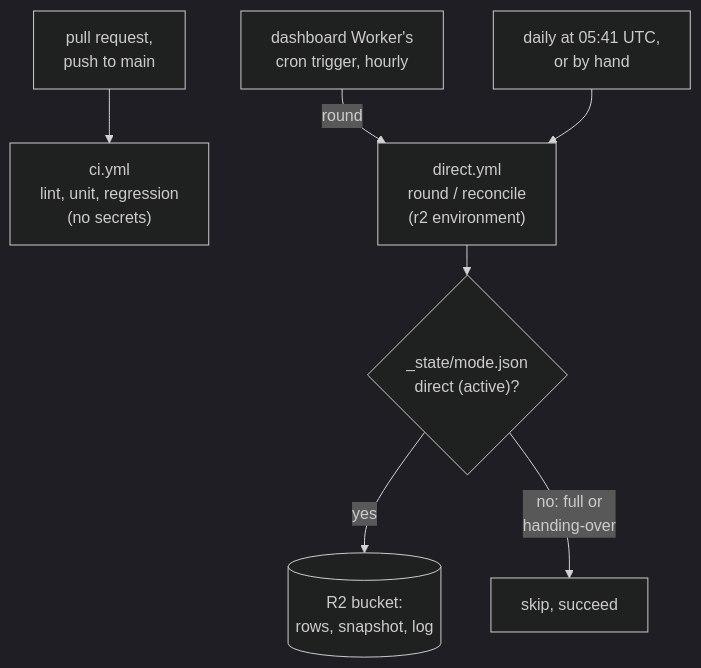
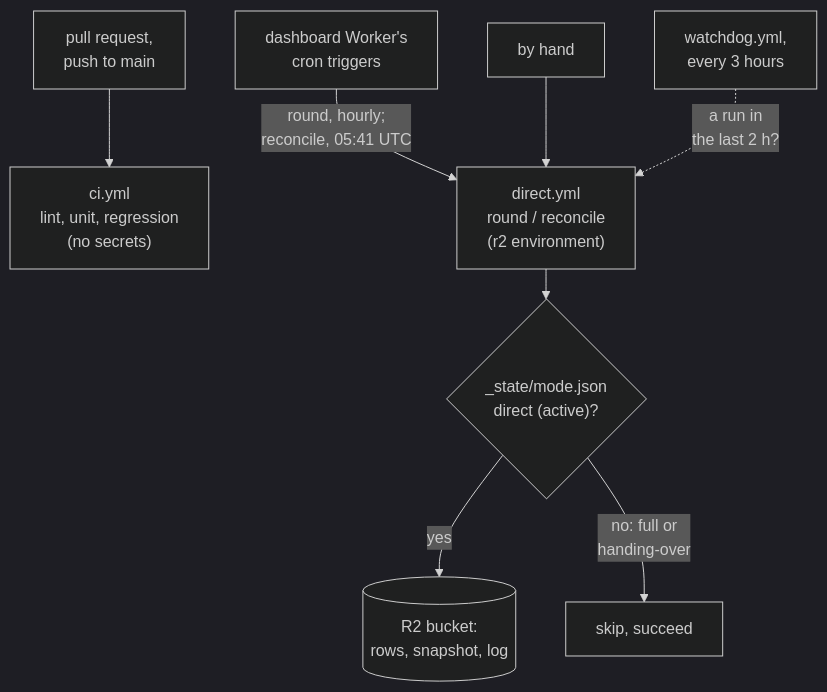
The diagram in docs/technical/ci.md (dienarvaez1/earth-hub), drawn with Mermaid (dark theme) before and after one commit. The commit also changed other lines of this file and 17 other files, not shown here.

First line of the commit message:
fix: no schedule in direct.yml, so GitHub's inactivity rule cannot stop the rounds (DEF-056) (#52)

````diff
--- a/docs/technical/ci.md
+++ b/docs/technical/ci.md
@@ -7,10 +7,11 @@
 ```mermaid
 %%{init: {"flowchart": {"rankSpacing": 30, "nodeSpacing": 50}}}%%
 flowchart TB
     pr["pull request,<br/>push to main"] --> ci["ci.yml<br/>lint, unit, regression<br/>(no secrets)"]
-    trigger["dashboard Worker's<br/>cron trigger, hourly"] -- round --> direct["direct.yml<br/>round / reconcile<br/>(r2 environment)"]
-    cron["daily at 05:41 UTC,<br/>or by hand"] --> direct
+    trigger["dashboard Worker's<br/>cron triggers"] -- "round, hourly;<br/>reconcile, 05:41 UTC" --> direct["direct.yml<br/>round / reconcile<br/>(r2 environment)"]
+    hand["by hand"] --> direct
+    watchdog["watchdog.yml,<br/>every 3 hours"] -. "a run in<br/>the last 2 h?" .-> direct
     direct --> check{"_state/mode.json<br/>direct (active)?"}
     check -- yes --> r2[("R2 bucket:<br/>rows, snapshot, log")]
     check -- "no: full or<br/>handing-over" --> skip["skip, succeed"]
 ```
````
